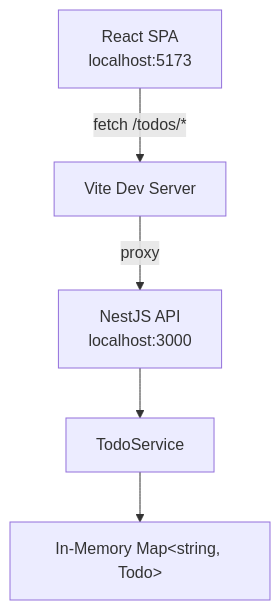
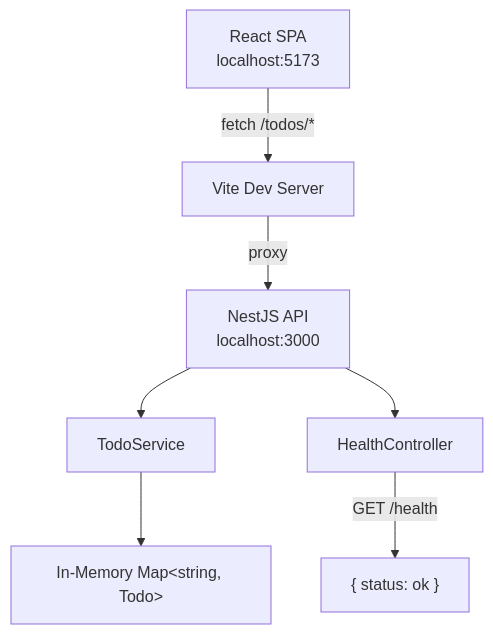
One commit to yoavs-shipin/todo-app changed the diagram in docs/spec.md. Above: the diagram before and after it, drawn with Mermaid. The commit also changed other lines of this file and 3 other files, not shown here.

````diff
--- a/docs/spec.md
+++ b/docs/spec.md
@@ -5,7 +5,9 @@
 ```mermaid
 graph TD
     Browser[React SPA<br/>localhost:5173] -->|fetch /todos/*| Vite[Vite Dev Server]
     Vite -->|proxy| NestJS[NestJS API<br/>localhost:3000]
     NestJS --> Service[TodoService]
+    NestJS --> Health[HealthController]
     Service --> Store[In-Memory Map&lt;string, Todo&gt;]
+    Health -->|GET /health| Ok["{ status: ok }"]
 ```
````
